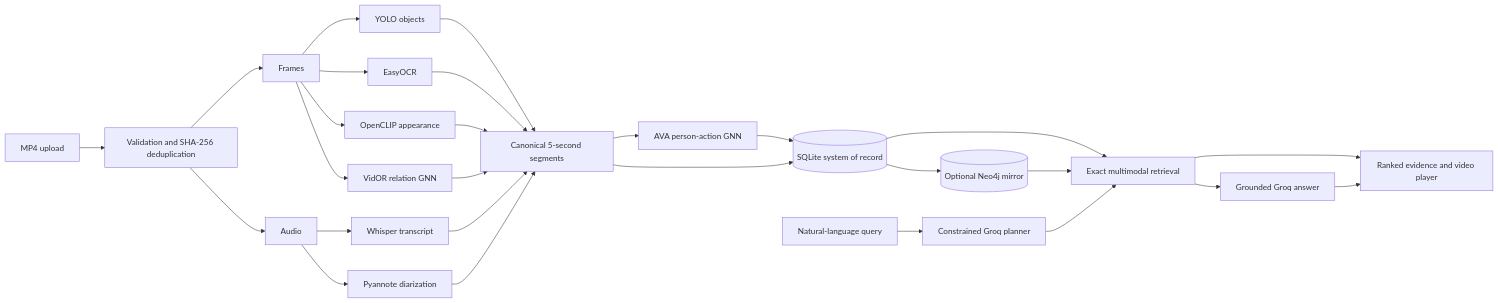
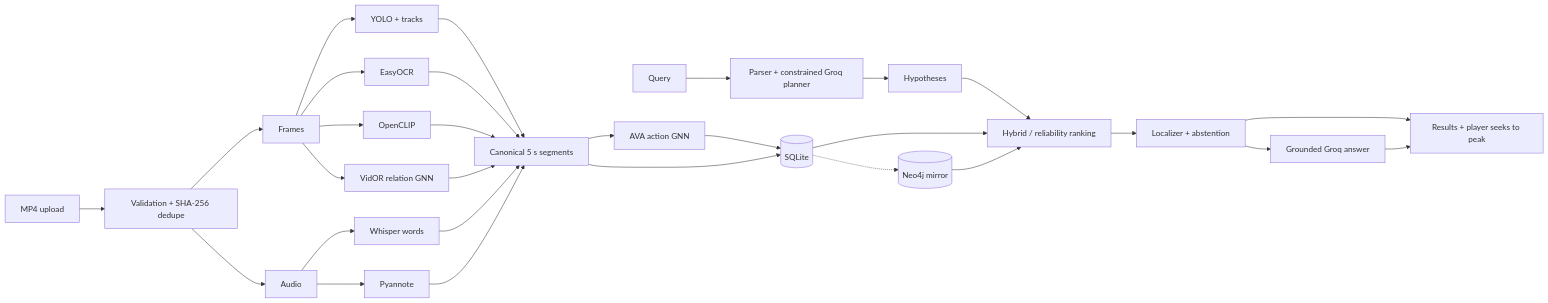
One commit to 0ri3nt/VidQuery changed the diagram in README.md. Above: the diagram before and after it, drawn with Mermaid. The commit also changed other lines of this file and 13 other files, not shown here.

````diff
--- a/README.md
+++ b/README.md
@@ -39,29 +65,31 @@
 ```mermaid
 flowchart LR
-    V[MP4 upload] --> I[Validation and SHA-256 deduplication]
+    V[MP4 upload] --> I[Validation + SHA-256 dedupe]
     I --> F[Frames]
     I --> A[Audio]
-    F --> YOLO[YOLO objects]
+    F --> YOLO[YOLO + tracks]
     F --> OCR[EasyOCR]
-    F --> CLIP[OpenCLIP appearance]
+    F --> CLIP[OpenCLIP]
     F --> RGNN[VidOR relation GNN]
-    A --> W[Whisper transcript]
-    A --> P[Pyannote diarization]
-    YOLO --> C[Canonical 5-second segments]
+    A --> W[Whisper words]
+    A --> P[Pyannote]
+    YOLO --> C[Canonical 5 s segments]
     OCR --> C
     CLIP --> C
     RGNN --> C
     W --> C
     P --> C
-    C --> AGNN[AVA person-action GNN]
-    AGNN --> S[(SQLite system of record)]
+    C --> AGNN[AVA action GNN]
+    AGNN --> S[(SQLite)]
     C --> S
-    S --> N[(Optional Neo4j mirror)]
-    S --> R[Exact multimodal retrieval]
+    S -.-> N[(Neo4j mirror)]
+    Q[Query] --> PL[Parser + constrained Groq planner]
+    PL --> H[Hypotheses]
+    H --> R[Hybrid / reliability ranking]
+    S --> R
     N --> R
-    Q[Natural-language query] --> GP[Constrained Groq planner]
-    GP --> R
-    R --> GR[Grounded Groq answer]
-    R --> UI[Ranked evidence and video player]
+    R --> L[Localizer + abstention]
+    L --> UI[Results + player seeks to peak]
+    L --> GR[Grounded Groq answer]
     GR --> UI
 ```
````
